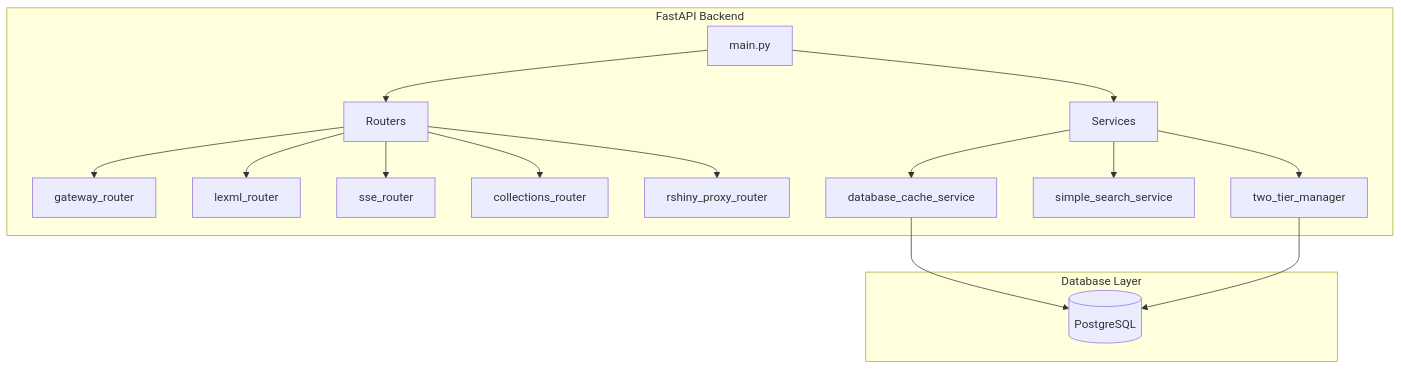
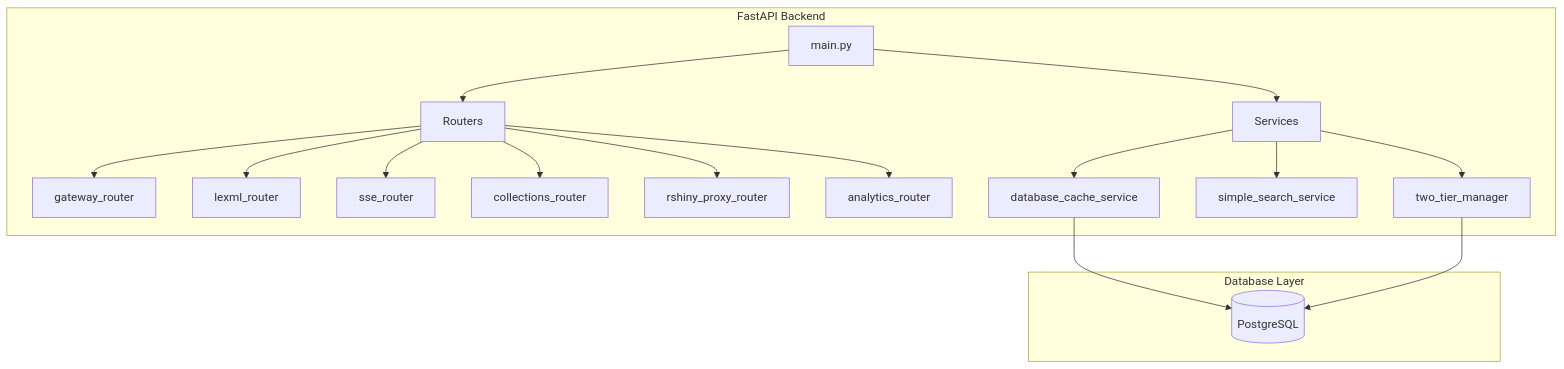
The diagram in docs/architecture/backend_internals.mmd (sofiadonario/monitor-legislativo-v4), drawn with Mermaid before and after one commit. The commit also changed 9 other files, not shown here.

````diff
--- a/docs/architecture/backend_internals.mmd
+++ b/docs/architecture/backend_internals.mmd
@@ -1,20 +1,21 @@
 ```mermaid
 graph TD;
   subgraph "FastAPI Backend"
     main["main.py"] --> Routers["Routers"]
     Routers --> gateway_router["gateway_router"]
     Routers --> lexml_router["lexml_router"]
     Routers --> sse_router["sse_router"]
     Routers --> collections_router["collections_router"]
     Routers --> rshiny_proxy_router["rshiny_proxy_router"]
+    Routers --> analytics_router["analytics_router"]
     main --> Services["Services"]
     Services --> database_cache_service["database_cache_service"]
     Services --> simple_search_service["simple_search_service"]
     Services --> two_tier_manager["two_tier_manager"]
   end
   subgraph "Database Layer"
     Postgres[("PostgreSQL")] 
   end
   database_cache_service --> Postgres
   two_tier_manager --> Postgres
 ``` 
````
